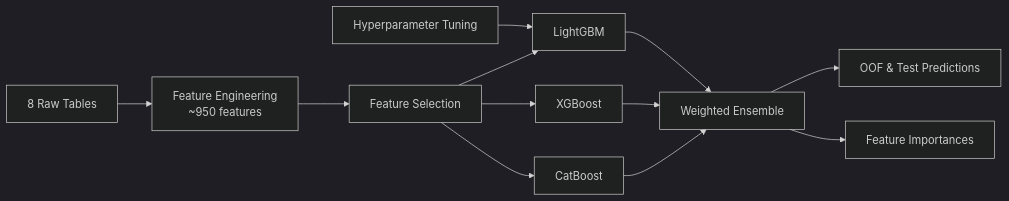
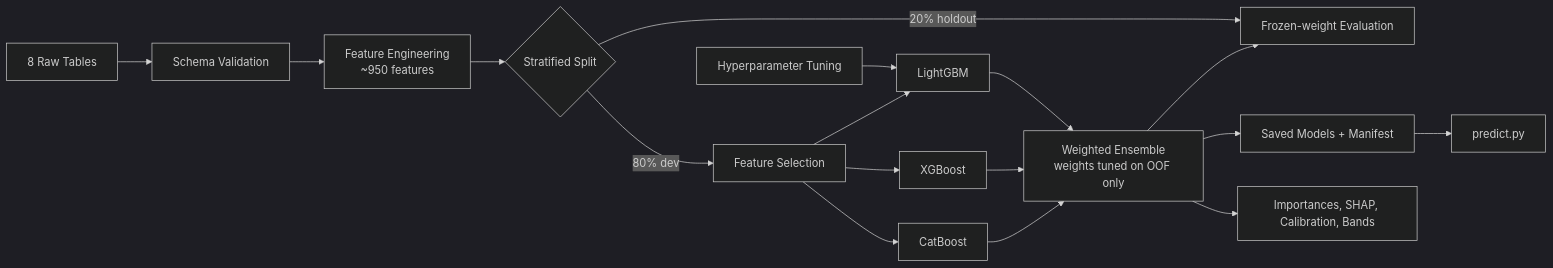
Before and after one commit to oliver-house/credit-risk-modelling: the diagram in README.md, drawn with Mermaid (dark theme). The commit also changed other lines of this file, not shown here.

````diff
--- a/README.md
+++ b/README.md
@@ -9,12 +9,17 @@
 ```mermaid
 flowchart LR
-    A[8 Raw Tables] --> B[Feature Engineering\n~950 features]
-    B --> C[Feature Selection]
+    A[8 Raw Tables] --> V[Schema Validation]
+    V --> B[Feature Engineering\n~950 features]
+    B --> H{Stratified Split}
+    H -->|80% dev| C[Feature Selection]
+    H -->|20% holdout| Z[Frozen-weight Evaluation]
     T[Hyperparameter Tuning] --> D
     C --> D[LightGBM]
     C --> E[XGBoost]
     C --> F[CatBoost]
-    D & E & F --> G[Weighted Ensemble]
-    G --> H[OOF & Test Predictions]
-    G --> I[Feature Importances]
+    D & E & F --> G[Weighted Ensemble\nweights tuned on OOF only]
+    G --> Z
+    G --> M[Saved Models + Manifest]
+    M --> P[predict.py]
+    G --> I[Importances, SHAP, Calibration, Bands]
 ```
````
